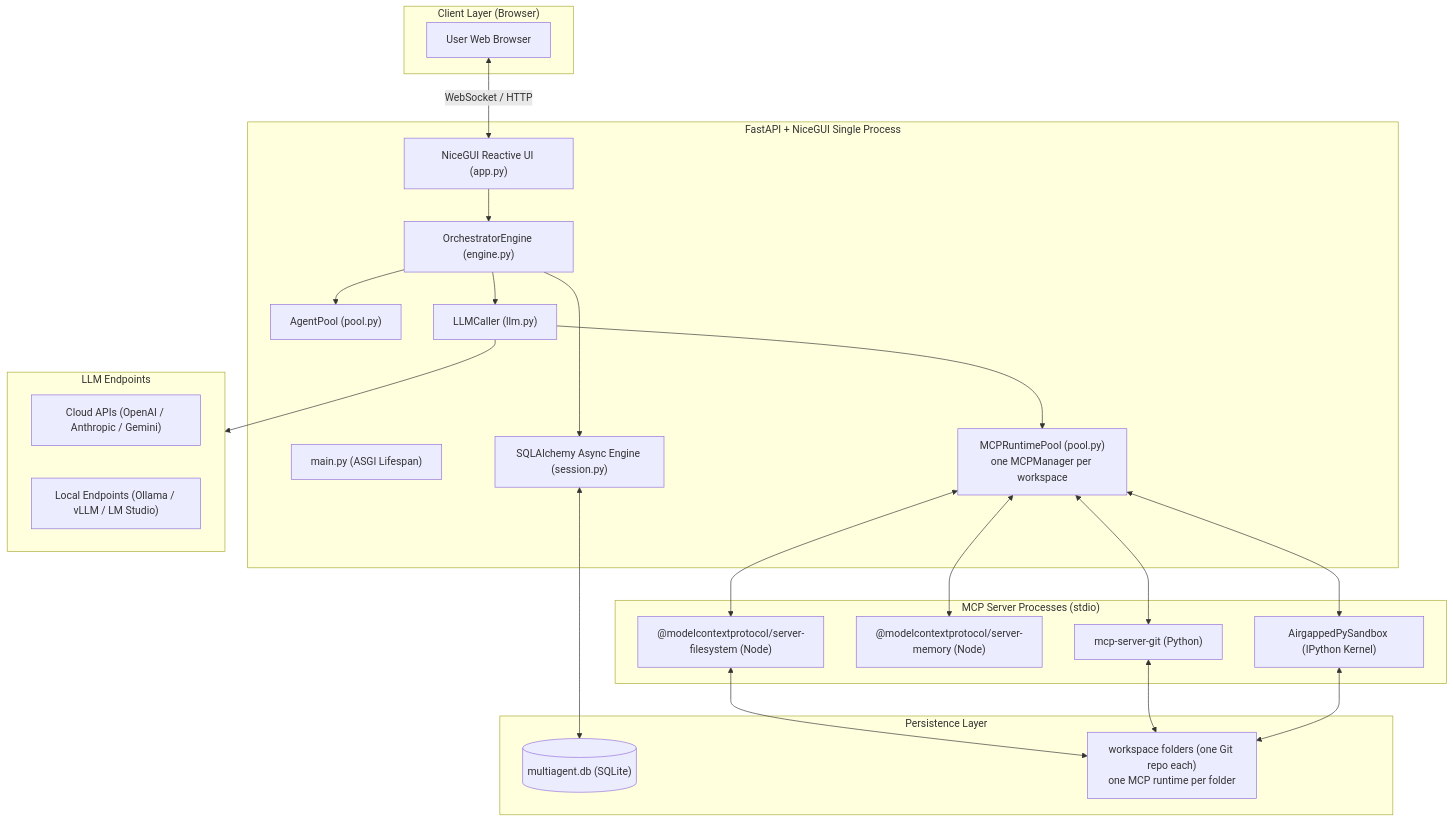
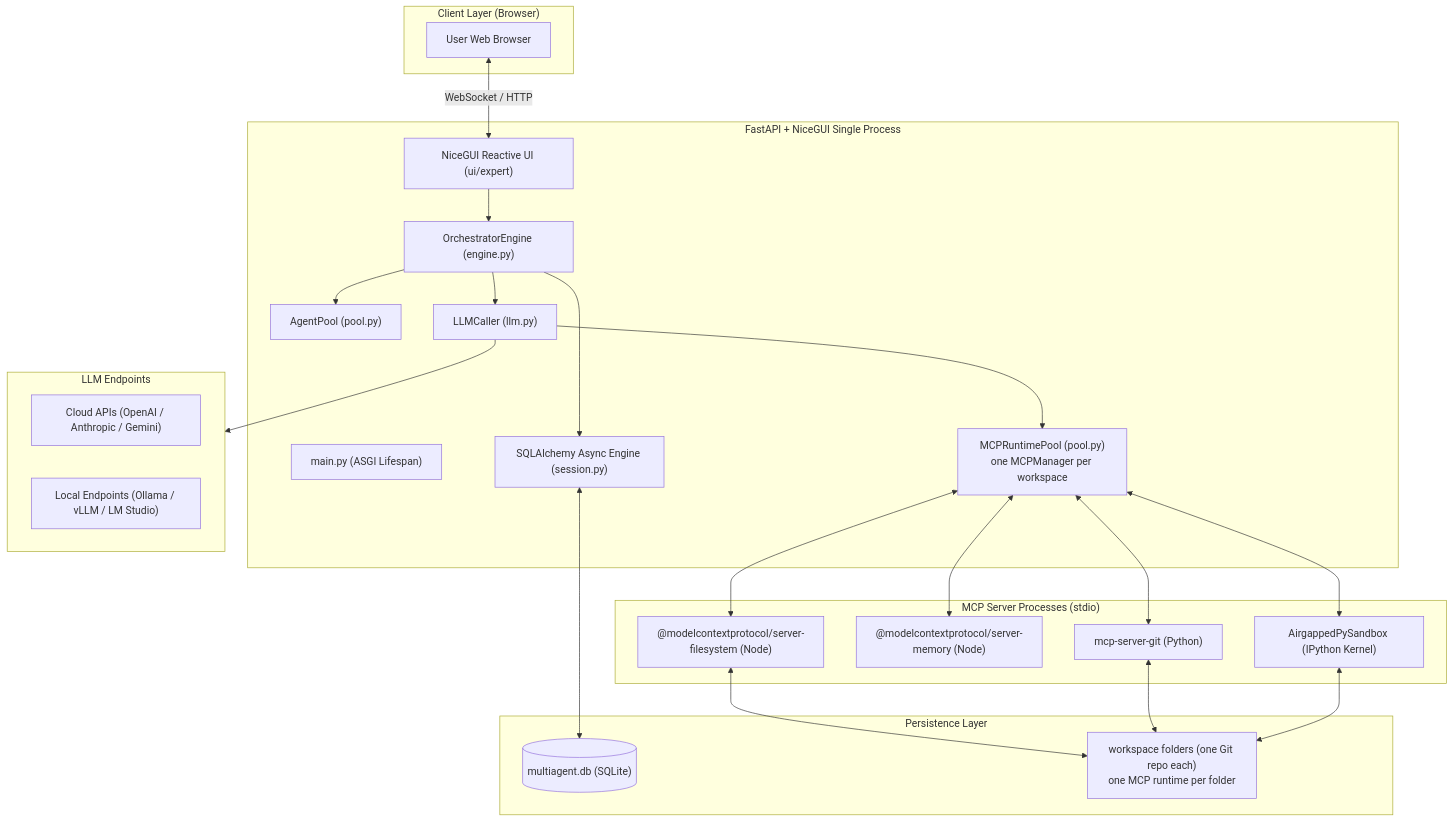
Before and after one commit to HaJaehee/MultiAgentDebateAndOrchestrationPlatform: the first of 2 diagrams in wiki/architecture/overview.md, drawn with Mermaid. The commit also changed other lines of this file and 36 other files, not shown here.

````diff
--- a/wiki/architecture/overview.md
+++ b/wiki/architecture/overview.md
@@ -35,51 +35,51 @@
 ```mermaid
 flowchart TD
     subgraph ClientLayer ["Client Layer (Browser)"]
         Browser["User Web Browser"]
     end
 
     subgraph AppLayer ["FastAPI + NiceGUI Single Process"]
         Main["main.py (ASGI Lifespan)"]
-        UI["NiceGUI Reactive UI (app.py)"]
+        UI["NiceGUI Reactive UI (ui/expert)"]
         Engine["OrchestratorEngine (engine.py)"]
         Pool["AgentPool (pool.py)"]
         LLM["LLMCaller (llm.py)"]
         MCP["MCPRuntimePool (pool.py)<br/>one MCPManager per workspace"]
         DBEngine["SQLAlchemy Async Engine (session.py)"]
     end
 
     subgraph StorageLayer ["Persistence Layer"]
         SQLite[("multiagent.db (SQLite)")]
         Workspace["workspace folders (one Git repo each)<br/>one MCP runtime per folder"]
     end
 
     subgraph MCPLayer ["MCP Server Processes (stdio)"]
         FSNode["@modelcontextprotocol/server-filesystem (Node)"]
         MemNode["@modelcontextprotocol/server-memory (Node)"]
         GitPy["mcp-server-git (Python)"]
         SandboxPy["AirgappedPySandbox (IPython Kernel)"]
     end
 
     subgraph ExternalLLM ["LLM Endpoints"]
         CloudLLM["Cloud APIs (OpenAI / Anthropic / Gemini)"]
         LocalLLM["Local Endpoints (Ollama / vLLM / LM Studio)"]
     end
 
     Browser <-->|WebSocket / HTTP| UI
     UI --> Engine
     Engine --> Pool
     Engine --> LLM
     Engine --> DBEngine
     DBEngine <--> SQLite
     
     LLM --> ExternalLLM
     LLM --> MCP
     MCP <--> FSNode
     MCP <--> MemNode
     MCP <--> GitPy
     MCP <--> SandboxPy
 
     FSNode <--> Workspace
     GitPy <--> Workspace
     SandboxPy <--> Workspace
 ```
````
